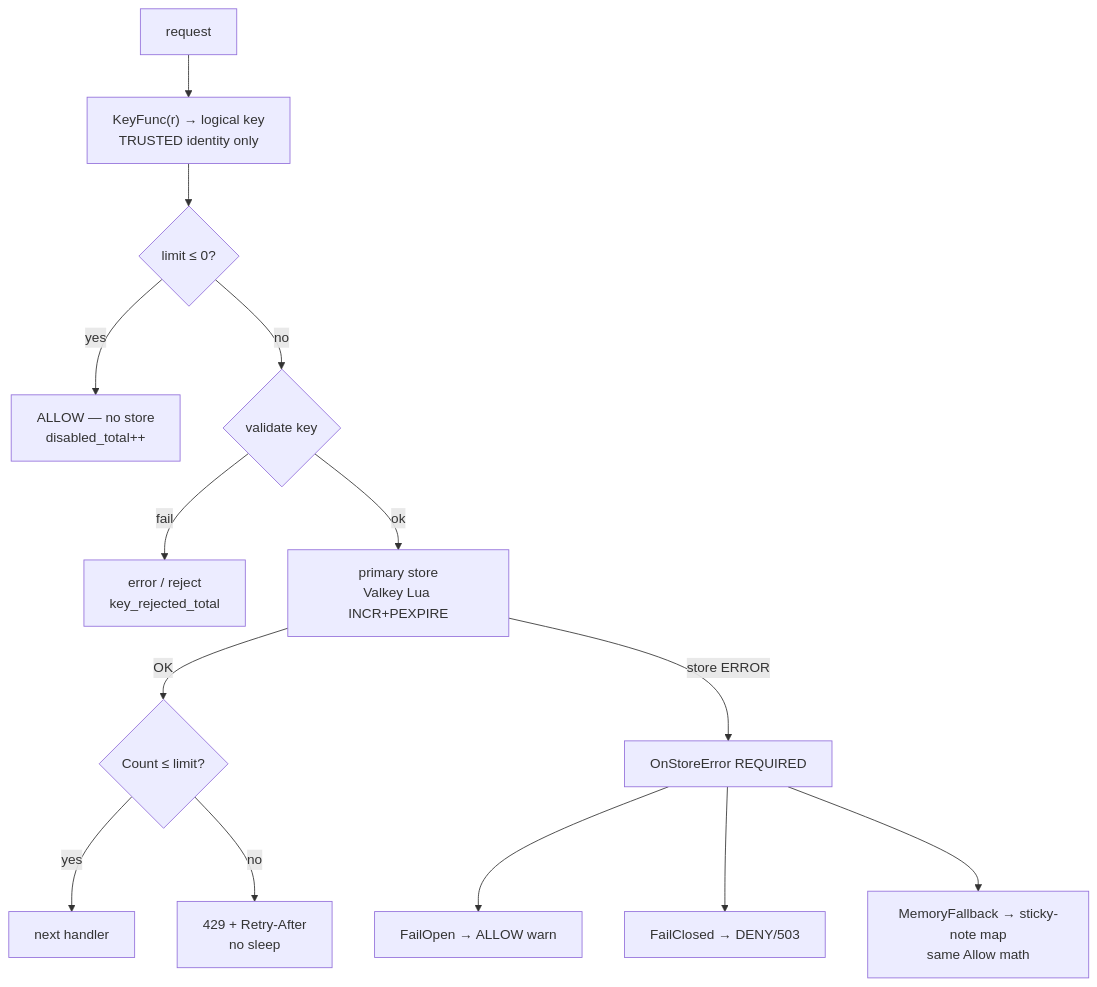
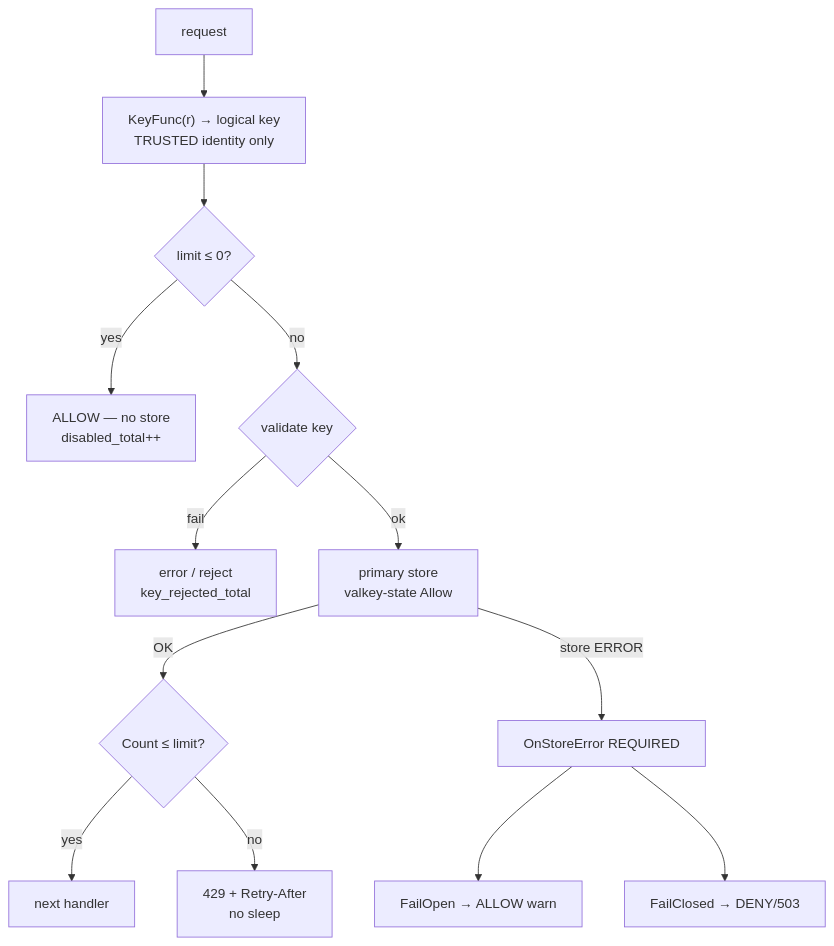
One commit to caerus-framework/caerus-framework-http-ratelimiter changed the second of 4 diagrams in README.md. Above: the diagram before and after it, drawn with Mermaid. The commit also changed other lines of this file and 12 other files, not shown here.

````diff
--- a/README.md
+++ b/README.md
@@ -69,16 +68,15 @@
 ```mermaid
 flowchart TD
   R[request] --> K["KeyFunc(r) → logical key<br/>TRUSTED identity only"]
   K --> L{limit ≤ 0?}
   L -->|yes| D["ALLOW — no store<br/>disabled_total++"]
   L -->|no| V{validate key}
   V -->|fail| RJ["error / reject<br/>key_rejected_total"]
-  V -->|ok| S["primary store<br/>Valkey Lua INCR+PEXPIRE"]
+  V -->|ok| S["primary store<br/>valkey-state Allow"]
   S -->|OK| C{Count ≤ limit?}
   S -->|store ERROR| P["OnStoreError REQUIRED"]
   C -->|yes| N[next handler]
   C -->|no| DENY["429 + Retry-After<br/>no sleep"]
   P --> FO[FailOpen → ALLOW warn]
   P --> FC[FailClosed → DENY/503]
-  P --> MF["MemoryFallback → sticky-note map<br/>same Allow math"]
 ```
````
